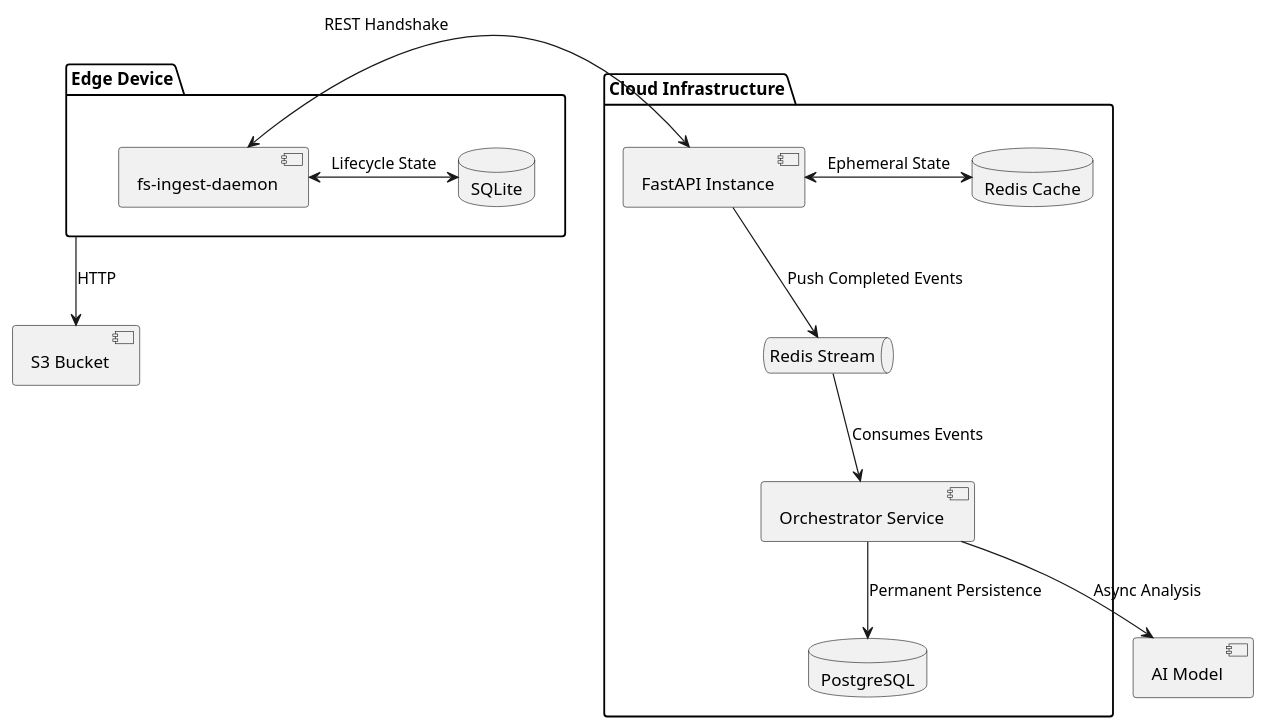
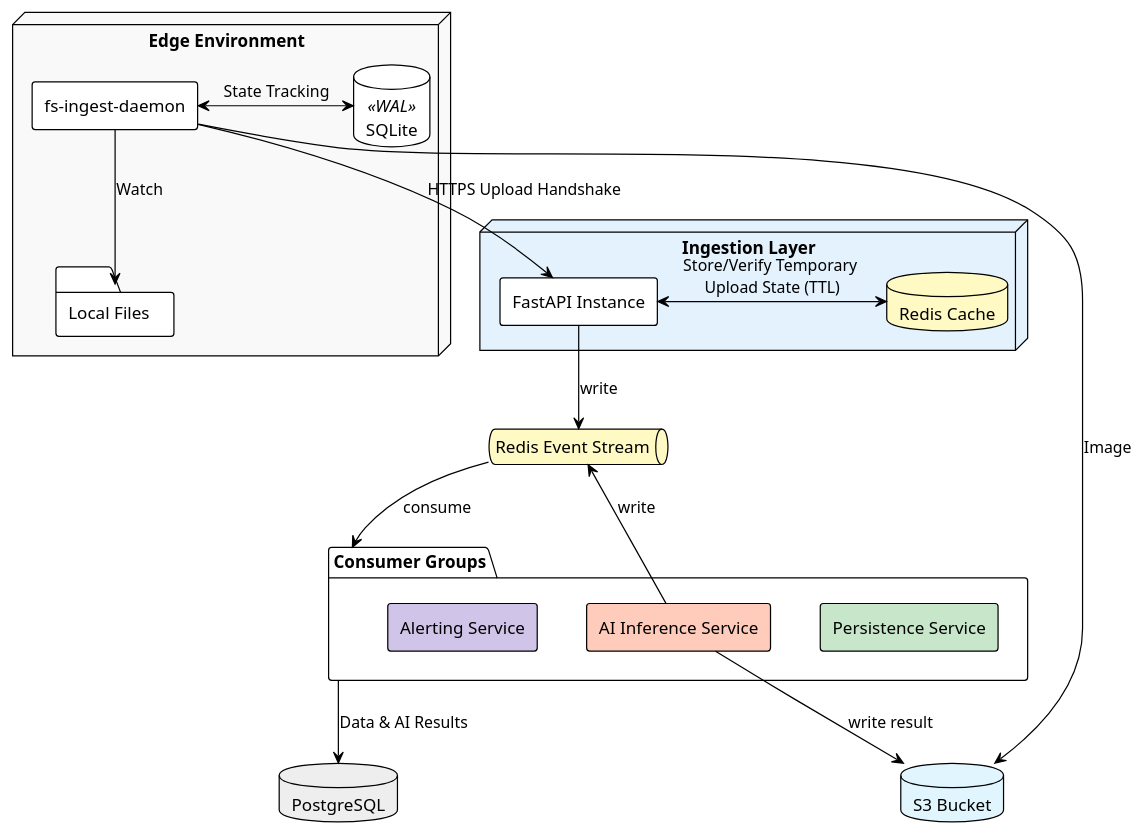
The diagram in docs/architecture.plantuml (MonteChristo46/glitch-hunt-ingestion), drawn with PlantUML before and after one commit. The commit also changed 3 other files, not shown here.

```diff
--- a/docs/architecture.plantuml
+++ b/docs/architecture.plantuml
@@ -1,24 +1,58 @@
 @startuml
-package "Edge Device" {
+!theme plain
+skinparam ranksep 50
+skinparam nodesep 40
+skinparam componentStyle rectangle
+
+' --- LAYER 1: THE SOURCE (EDGE) ---
+node "Edge Environment" #F9F9F9 {
   [fs-ingest-daemon] as Daemon
-  database "SQLite" as SQLite
+  database "SQLite" as SQLite <<WAL>>
+  folder "Local Files" as FS
 }
 
-package "Cloud Infrastructure" {
+' --- LAYER 2: THE GATEWAY (CLOUD ENTRY) ---
+node "Ingestion Layer" #E3F2FD {
   [FastAPI Instance] as API
-  queue "Redis Stream" as Stream
-  database "Redis Cache" as Cache
-  [Orchestrator Service] as Orch
-  database "PostgreSQL" as Postgres
+  database "Redis Cache" as Cache #FFF9C4
 }
 
-[Edge Device] --> [S3 Bucket] : HTTP
-Daemon <-> API : REST Handshake
-Daemon <-> SQLite : Lifecycle State
+' --- LAYER 3: THE NERVOUS SYSTEM (STREAM) ---
+queue "Redis Event Stream" as Stream #FFF9C4
 
-API <-> Cache : Ephemeral State
-API --> Stream : Push Completed Events
-Stream --> Orch : Consumes Events
-Orch --> Postgres : Permanent Persistence
-Orch --> [AI Model] : Async Analysis
+' --- LAYER 4: THE CONSUMERS & LOGIC ---
+package "Consumer Groups" as Consumers {
+  [Persistence Service] as PostgresWorker #C8E6C9
+  [AI Inference Service] as AIService #FFCCBC
+  [Alerting Service] as Alerter #D1C4E9
+}
+
+' --- LAYER 5: STORAGE CLOUD ---
+database "S3 Bucket" as S3 #E1F5FE
+database "PostgreSQL" as Postgres #EEEEEE
+
+' --- FLOW CONNECTIONS ---
+
+' Edge Logic
+Daemon -down-> FS : Watch
+Daemon <-> SQLite : State Tracking
+Daemon -down-> API : HTTPS Upload Handshake
+Daemon -down-> S3 : Image
+
+' API & Cache Logic
+API <-> Cache : Store/Verify Temporary \nUpload State (TTL)
+
+' Ingestion to Stream
+API -down-> Stream : write
+
+' Stream to Consumers
+Stream -down-> Consumers : consume
+
+' Specific Service Logic (Internal to Package)
+AIService -up-> Stream : write
+AIService -down-> S3 : write result
+
+' Package to DB Connection
+Consumers -down-> Postgres : Data & AI Results
+
 @enduml
```
